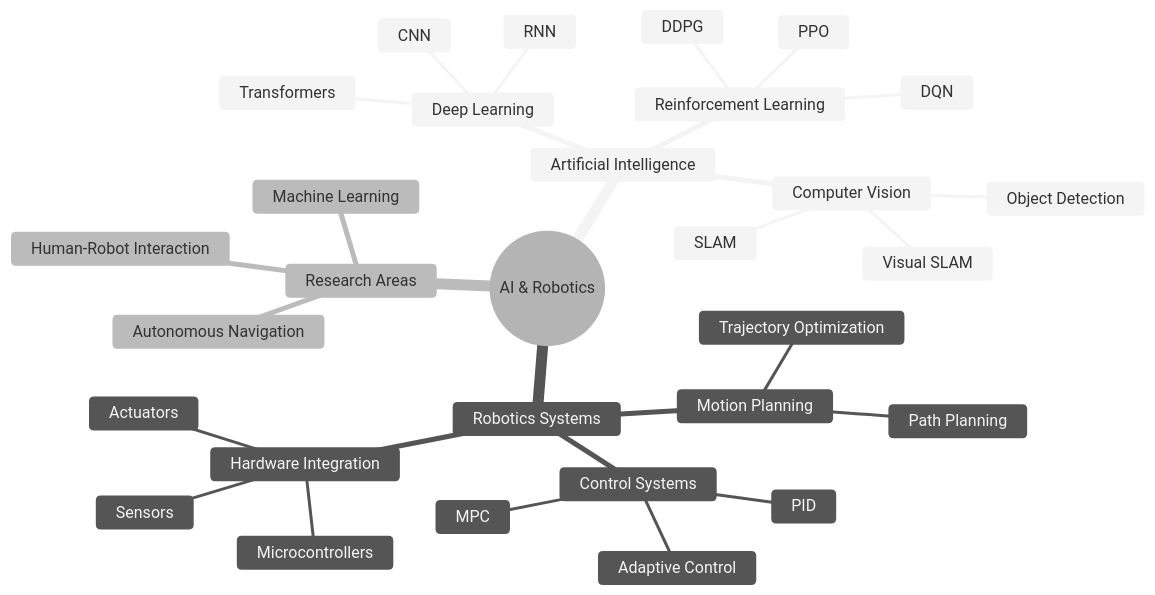
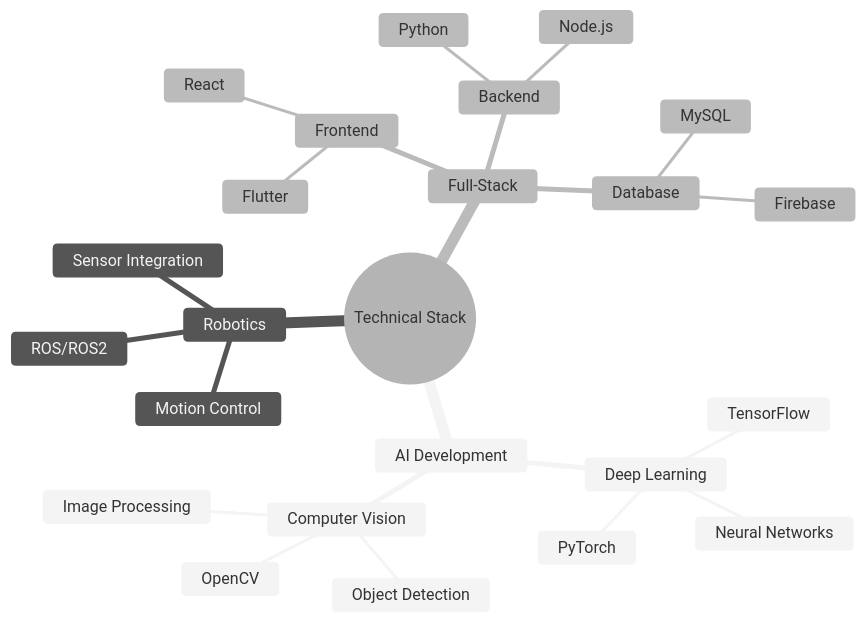
The first of 2 diagrams in README.md (mohsallam1/mohsallam1), drawn with Mermaid (neutral theme) before and after one commit. The commit also changed other lines of this file, not shown here.

````diff
--- a/README.md
+++ b/README.md
@@ -37,33 +37,27 @@
 ```mermaid
 mindmap
-  root((AI & Robotics))
-    Artificial Intelligence
+  root((Technical Stack))
+    AI Development
       Deep Learning
-        CNN
-        RNN
-        Transformers
-      Reinforcement Learning
-        DQN
-        PPO
-        DDPG
+        TensorFlow
+        PyTorch
+        Neural Networks
       Computer Vision
+        OpenCV
         Object Detection
-        SLAM
-        Visual SLAM
-    Robotics Systems
-      Motion Planning
-        Path Planning
-        Trajectory Optimization
-      Control Systems
-        PID
-        MPC
-        Adaptive Control
-      Hardware Integration
-        Sensors
-        Actuators
-        Microcontrollers
-    Research Areas
-      Human-Robot Interaction
-      Autonomous Navigation
-      Machine Learning
+        Image Processing
+    Robotics
+      ROS/ROS2
+      Motion Control
+      Sensor Integration
+    Full-Stack
+      Frontend
+        React
+        Flutter
+      Backend
+        Python
+        Node.js
+      Database
+        MySQL
+        Firebase
 ```
````
